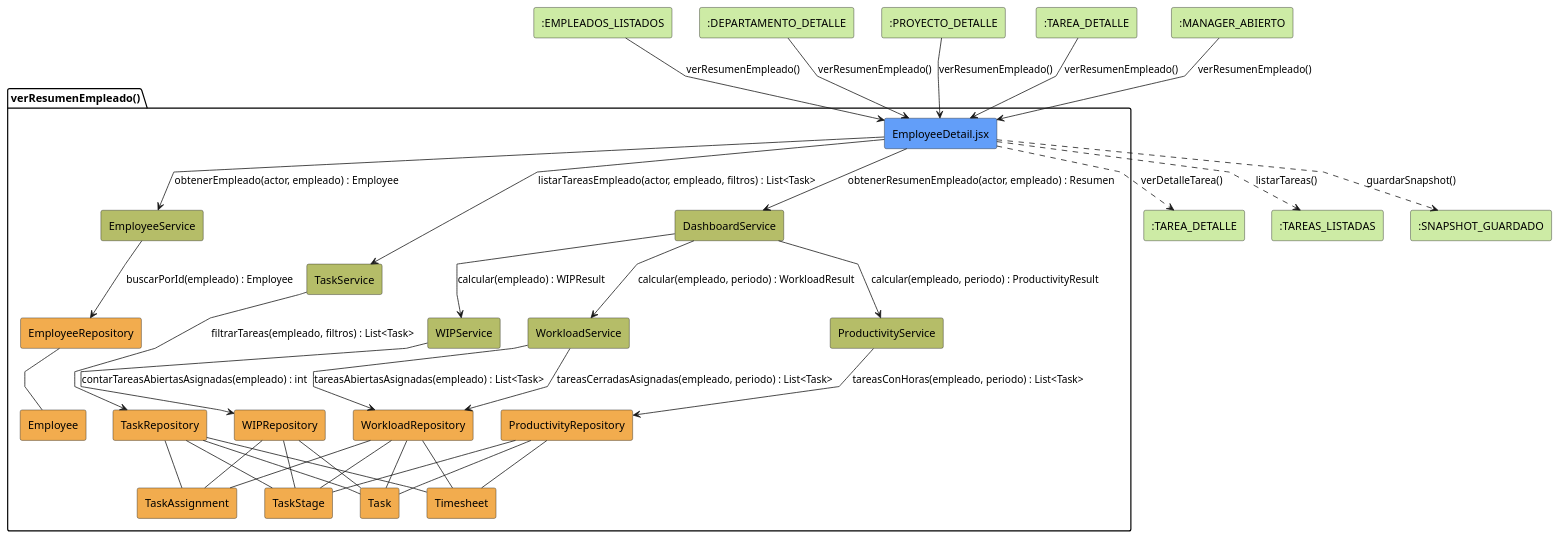
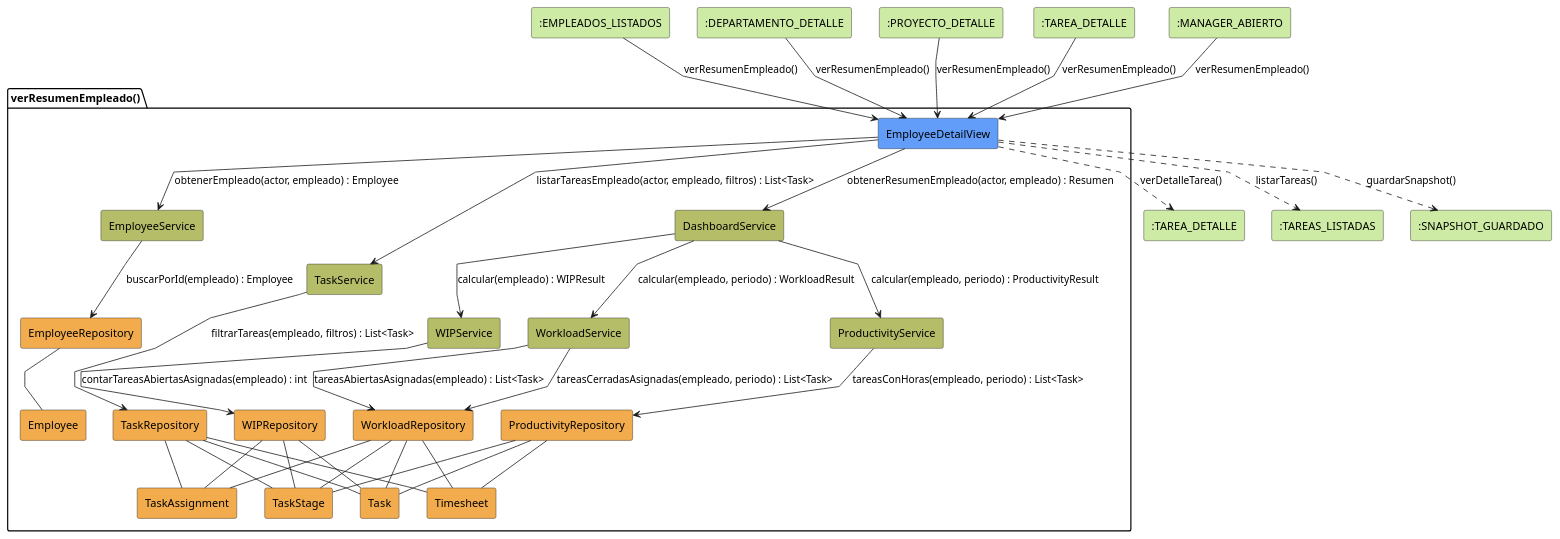
The diagram in Estudiantes/cesar-garcia-eguiguren/Capítulo-3/diagramas/análisis/cu_03.puml (ceesargaarcia/GII-TFG-2026), drawn with PlantUML before and after one commit. The commit also changed 26 other files, not shown here.

```diff
--- a/Estudiantes/cesar-garcia-eguiguren/Capítulo-3/diagramas/análisis/cu_03.puml
+++ b/Estudiantes/cesar-garcia-eguiguren/Capítulo-3/diagramas/análisis/cu_03.puml
@@ -1,76 +1,76 @@
 @startuml CU03-verResumenEmpleado-analisis
 skinparam linetype polyline
 
 rectangle #CDEBA5 ":EMPLEADOS_LISTADOS" as EntradaLista
 rectangle #CDEBA5 ":DEPARTAMENTO_DETALLE" as EntradaDept
 rectangle #CDEBA5 ":PROYECTO_DETALLE" as EntradaProyecto
 rectangle #CDEBA5 ":TAREA_DETALLE" as EntradaTarea
 rectangle #CDEBA5 ":MANAGER_ABIERTO" as EntradaManager
 
 package "verResumenEmpleado()" {
-    rectangle #629EF9 "EmployeeDetail.jsx" as View
+    rectangle #629EF9 "EmployeeDetailView" as View
 
     rectangle #b5bd68 "EmployeeService" as EmpService
     rectangle #b5bd68 "DashboardService" as DashService
     rectangle #b5bd68 "WorkloadService" as WorkSvc
     rectangle #b5bd68 "WIPService" as WIPSvc
     rectangle #b5bd68 "ProductivityService" as ProdSvc
     rectangle #b5bd68 "TaskService" as TaskSvc
 
     rectangle #F2AC4E "EmployeeRepository" as EmpRepo
     rectangle #F2AC4E "WorkloadRepository" as WorkRepo
     rectangle #F2AC4E "WIPRepository" as WIPRepo
     rectangle #F2AC4E "ProductivityRepository" as ProdRepo
     rectangle #F2AC4E "TaskRepository" as TaskRepo
     rectangle #F2AC4E "Employee" as EmpModel
     rectangle #F2AC4E "Task" as TaskModel
     rectangle #F2AC4E "TaskStage" as StageModel
     rectangle #F2AC4E "Timesheet" as TSModel
     rectangle #F2AC4E "TaskAssignment" as AssignModel
 }
 rectangle #CDEBA5 ":TAREA_DETALLE" as SalidaTarea
 rectangle #CDEBA5 ":TAREAS_LISTADAS" as SalidaTareas
 rectangle #CDEBA5 ":SNAPSHOT_GUARDADO" as SalidaSnapshot
 
 EntradaLista  -down-> View : verResumenEmpleado()
 EntradaDept   -down-> View : verResumenEmpleado()
 EntradaProyecto -down-> View : verResumenEmpleado()
 EntradaTarea  -down-> View : verResumenEmpleado()
 EntradaManager -down-> View : verResumenEmpleado()
 
 View -d-> EmpService  : obtenerEmpleado(actor, empleado) : Employee
 EmpService --> EmpRepo : buscarPorId(empleado) : Employee
 EmpRepo -- EmpModel
 
 View -d-> DashService : obtenerResumenEmpleado(actor, empleado) : Resumen
 DashService --> WorkSvc : calcular(empleado, periodo) : WorkloadResult
 WorkSvc --> WorkRepo : tareasAbiertasAsignadas(empleado) : List<Task>
 WorkSvc --> WorkRepo : tareasCerradasAsignadas(empleado, periodo) : List<Task>
 WorkRepo -- TaskModel
 WorkRepo -- StageModel
 WorkRepo -- TSModel
 WorkRepo -- AssignModel
 
 DashService --> WIPSvc : calcular(empleado) : WIPResult
 WIPSvc --> WIPRepo : contarTareasAbiertasAsignadas(empleado) : int
 WIPRepo -- TaskModel
 WIPRepo -- StageModel
 WIPRepo -- AssignModel
 
 DashService --> ProdSvc : calcular(empleado, periodo) : ProductivityResult
 ProdSvc --> ProdRepo : tareasConHoras(empleado, periodo) : List<Task>
 ProdRepo -- TaskModel
 ProdRepo -- StageModel
 ProdRepo -- TSModel
 
 View -d-> TaskSvc : listarTareasEmpleado(actor, empleado, filtros) : List<Task>
 TaskSvc --> TaskRepo : filtrarTareas(empleado, filtros) : List<Task>
 TaskRepo -- TaskModel
 TaskRepo -- StageModel
 TaskRepo -- TSModel
 TaskRepo -- AssignModel
 
 View ..> SalidaTarea   : verDetalleTarea()
 View ..> SalidaTareas   : listarTareas()
 View ..> SalidaSnapshot : guardarSnapshot()
 @enduml
```
